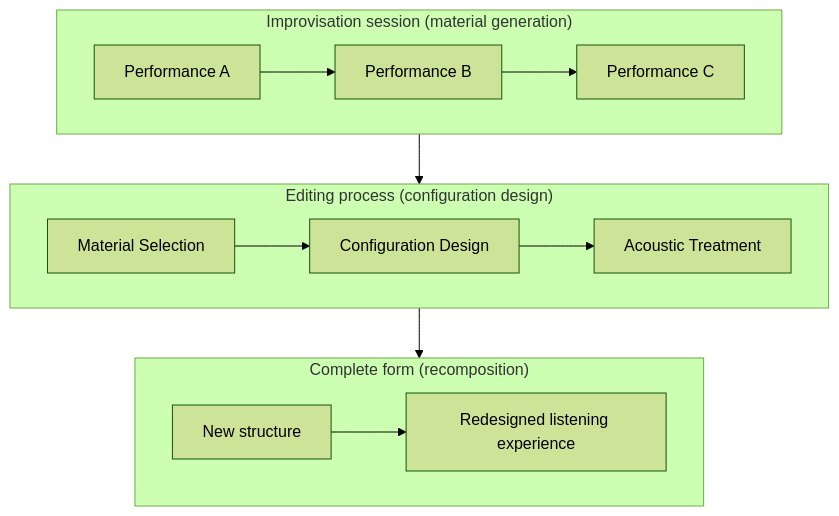
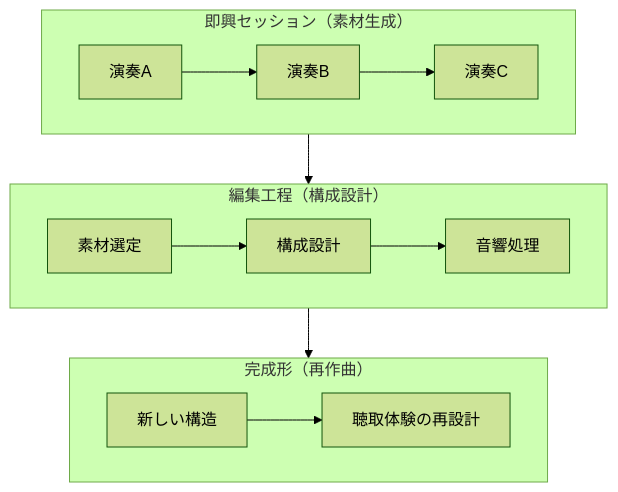
One commit to monumental-movement/monumental-movement.github.io changed the sixth of 12 diagrams in en/_posts/2025-10-28-column-macero-miles.md. Above: the diagram before and after it, drawn with Mermaid (forest theme). The commit also changed other lines of this file and 211 other files, not shown here.

```diff
--- a/en/_posts/2025-10-28-column-macero-miles.md
+++ b/en/_posts/2025-10-28-column-macero-miles.md
@@ -288,15 +288,15 @@
 <div class="mermaid">
 
 graph TD
-subgraph Improvisation["Improvisation session (material generation)"]
-A1["Performance A"] --> A2["Performance B"] --> A3["Performance C"]
-end
-subgraph Editing["Editing process (configuration design)"]
-B1["Material Selection"] --> B2["Configuration Design"] --> B3["Acoustic Treatment"]
-end
-subgraph Composition["Complete form (recomposition)"]
-C1["New structure"] --> C2["Redesigned listening experience"]
-end
-Improvisation --> Editing --> Composition
+    subgraph Improvisation["即興セッション（素材生成）"]
+        A1["演奏A"] --> A2["演奏B"] --> A3["演奏C"]
+    end
+    subgraph Editing["編集工程（構成設計）"]
+        B1["素材選定"] --> B2["構成設計"] --> B3["音響処理"]
+    end
+    subgraph Composition["完成形（再作曲）"]
+        C1["新しい構造"] --> C2["聴取体験の再設計"]
+    end
+    Improvisation --> Editing --> Composition
 
 </div>
```
